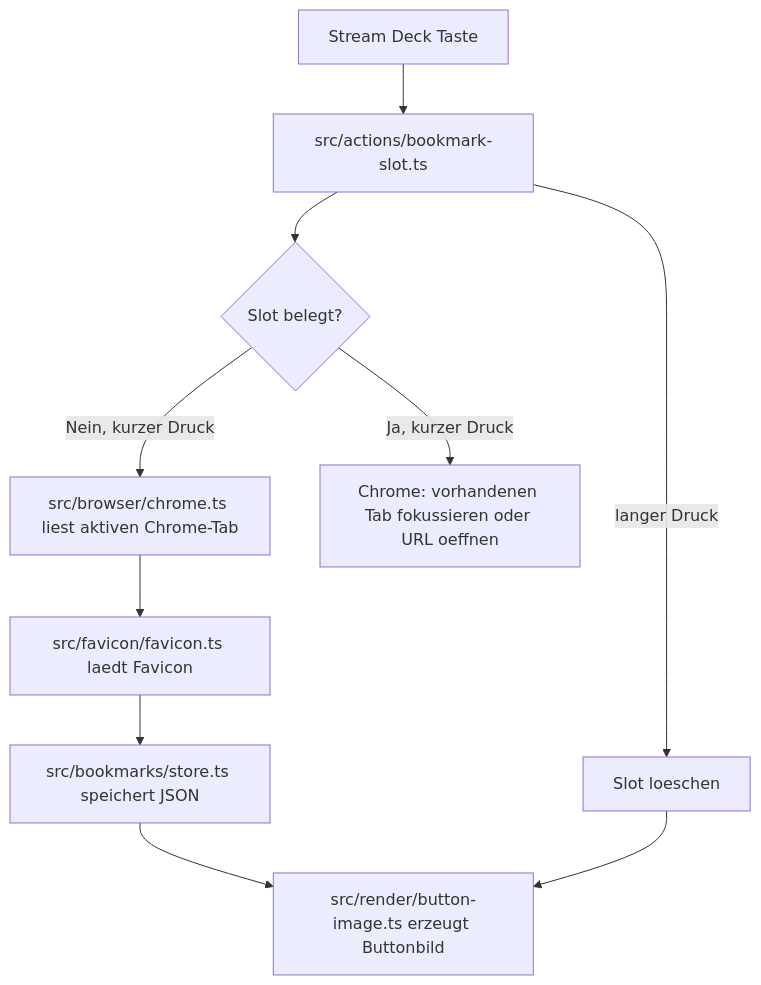
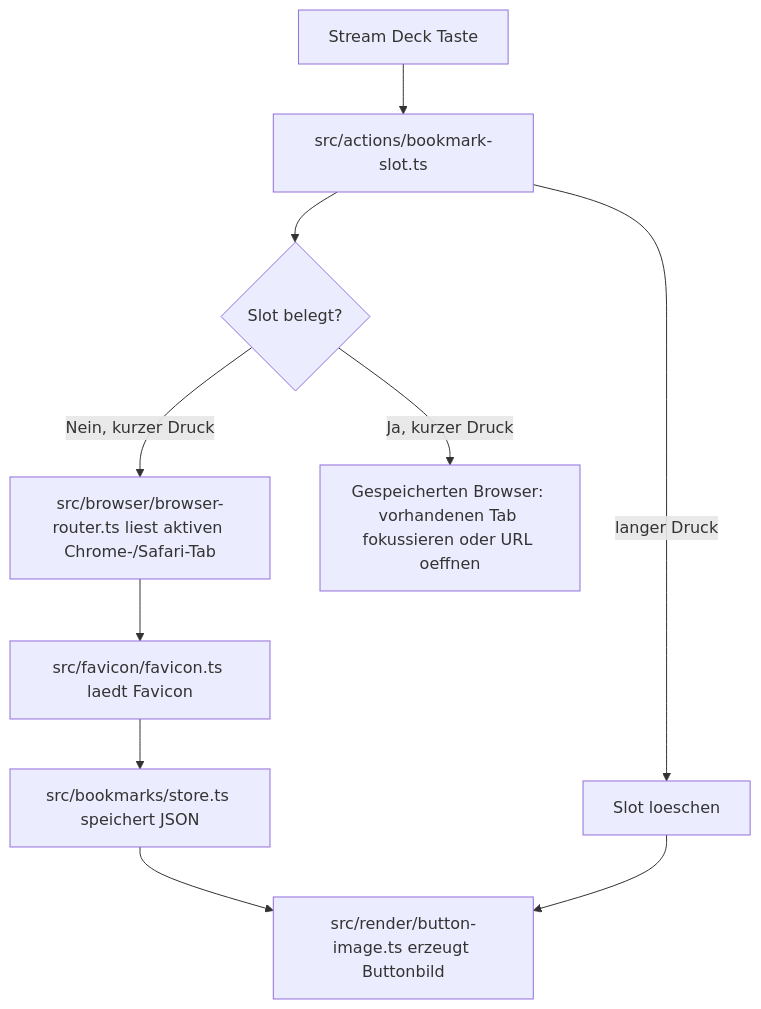
One commit to Loorus361/Stream-Deck_Browser-Bookmark changed the diagram in docs/architecture.md. Above: the diagram before and after it, drawn with Mermaid. The commit also changed other lines of this file and 15 other files, not shown here.

````diff
--- a/docs/architecture.md
+++ b/docs/architecture.md
@@ -12,12 +12,12 @@
 ```mermaid
 flowchart TD
   A["Stream Deck Taste"] --> B["src/actions/bookmark-slot.ts"]
   B --> C{"Slot belegt?"}
-  C -->|Nein, kurzer Druck| D["src/browser/chrome.ts liest aktiven Chrome-Tab"]
+  C -->|Nein, kurzer Druck| D["src/browser/browser-router.ts liest aktiven Chrome-/Safari-Tab"]
   D --> E["src/favicon/favicon.ts laedt Favicon"]
   E --> F["src/bookmarks/store.ts speichert JSON"]
   F --> G["src/render/button-image.ts erzeugt Buttonbild"]
-  C -->|Ja, kurzer Druck| H["Chrome: vorhandenen Tab fokussieren oder URL oeffnen"]
+  C -->|Ja, kurzer Druck| H["Gespeicherten Browser: vorhandenen Tab fokussieren oder URL oeffnen"]
   B -->|langer Druck| I["Slot loeschen"]
   I --> G
 ```
````
